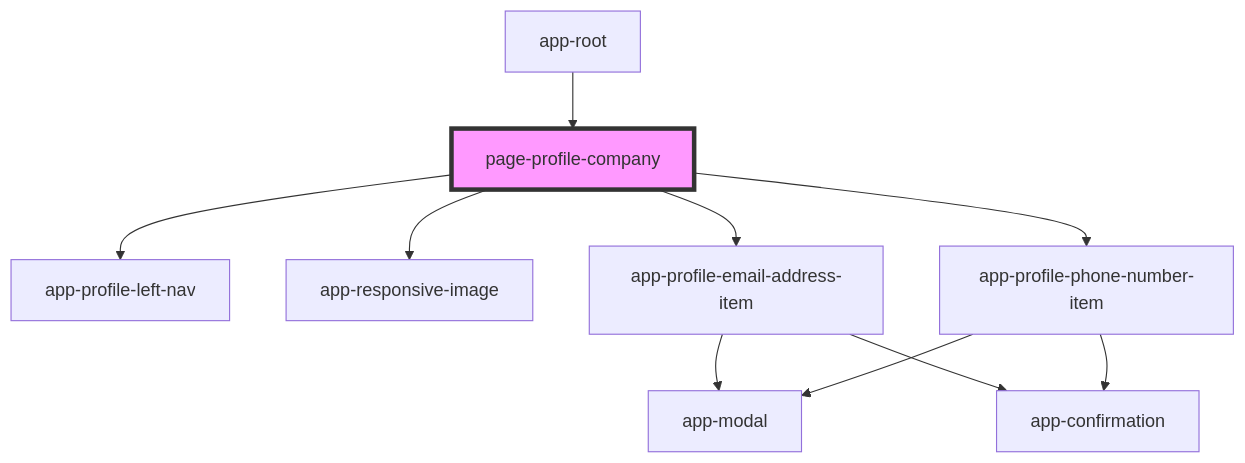
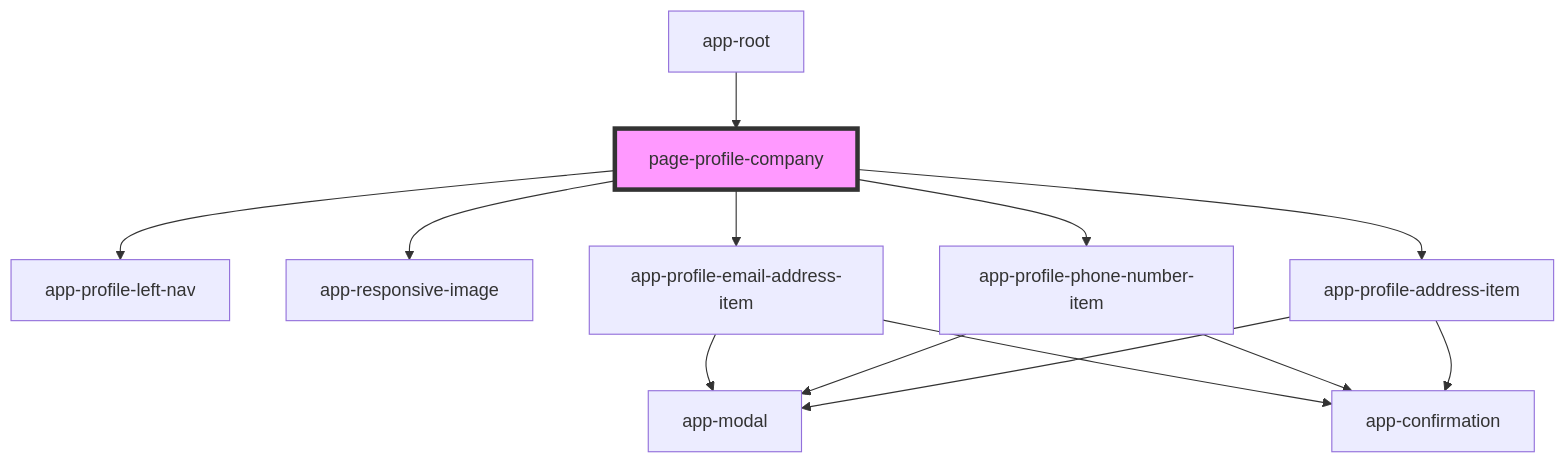
Before and after one commit to lokheed/IconEventNetwork.Web: the diagram in iconeventnetwork-web/src/components/pages/page-profile-company/readme.md, drawn with Mermaid. The commit also changed other lines of this file and 21 other files, not shown here.

````diff
--- a/iconeventnetwork-web/src/components/pages/page-profile-company/readme.md
+++ b/iconeventnetwork-web/src/components/pages/page-profile-company/readme.md
@@ -29,13 +30,16 @@
 ```mermaid
 graph TD;
   page-profile-company --> app-profile-left-nav
   page-profile-company --> app-responsive-image
   page-profile-company --> app-profile-email-address-item
   page-profile-company --> app-profile-phone-number-item
+  page-profile-company --> app-profile-address-item
   app-profile-email-address-item --> app-modal
   app-profile-email-address-item --> app-confirmation
   app-profile-phone-number-item --> app-modal
   app-profile-phone-number-item --> app-confirmation
+  app-profile-address-item --> app-modal
+  app-profile-address-item --> app-confirmation
   app-root --> page-profile-company
   style page-profile-company fill:#f9f,stroke:#333,stroke-width:4px
 ```
````
